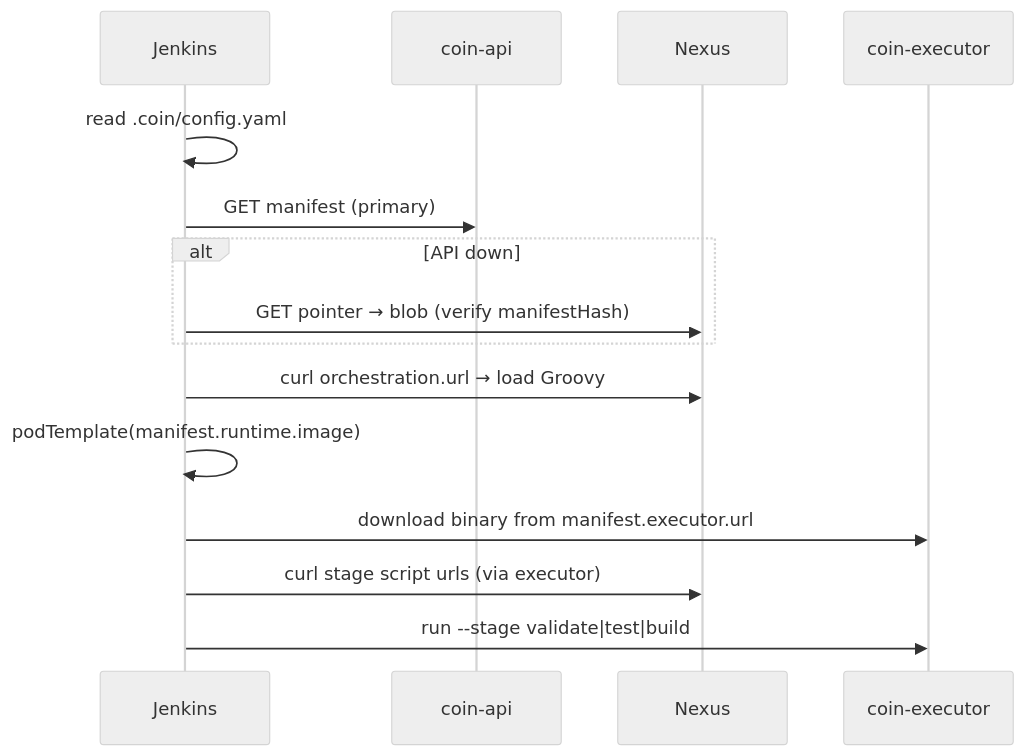
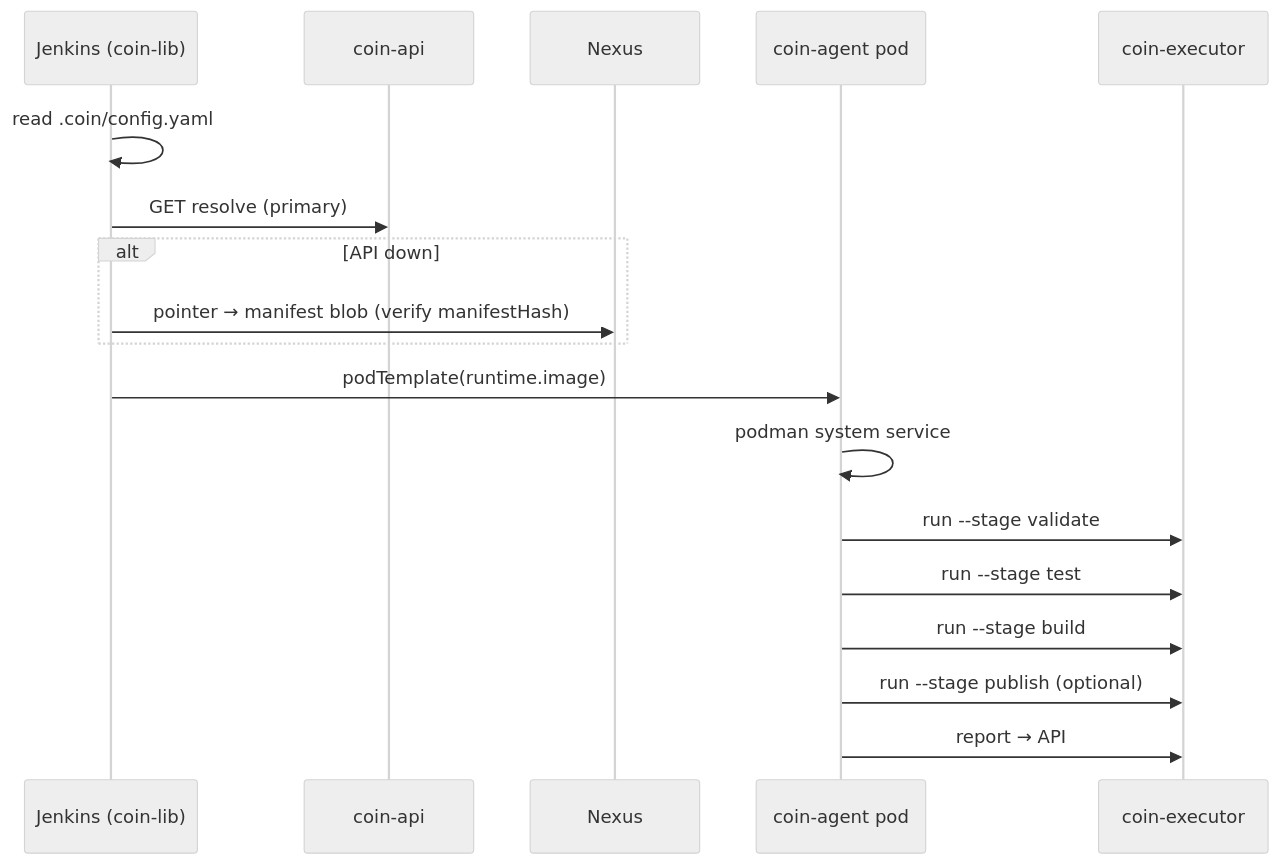
One commit to MstrPol/coin changed the diagram in docs/control-plane.md. Above: the diagram before and after it, drawn with Mermaid (neutral theme). The commit also changed other lines of this file and 131 other files, not shown here.

First line of the commit message:
feat(docs): обновить документацию и структуру для coin-api

````diff
--- a/docs/control-plane.md
+++ b/docs/control-plane.md
@@ -44,18 +75,21 @@
 ```mermaid
 sequenceDiagram
-  participant J as Jenkins
+  participant J as Jenkins (coin-lib)
   participant API as coin-api
   participant NX as Nexus
+  participant POD as coin-agent pod
   participant EX as coin-executor
 
   J->>J: read .coin/config.yaml
-  J->>API: GET manifest (primary)
+  J->>API: GET resolve (primary)
   alt API down
-    J->>NX: GET pointer → blob (verify manifestHash)
+    J->>NX: pointer → manifest blob (verify manifestHash)
   end
-  J->>NX: curl orchestration.url → load Groovy
-  J->>J: podTemplate(manifest.runtime.image)
-  J->>EX: download binary from manifest.executor.url
-  J->>NX: curl stage script urls (via executor)
-  J->>EX: run --stage validate|test|build
+  J->>POD: podTemplate(runtime.image)
+  POD->>POD: podman system service
+  POD->>EX: run --stage validate
+  POD->>EX: run --stage test
+  POD->>EX: run --stage build
+  POD->>EX: run --stage publish (optional)
+  POD->>EX: report → API
 ```
````
